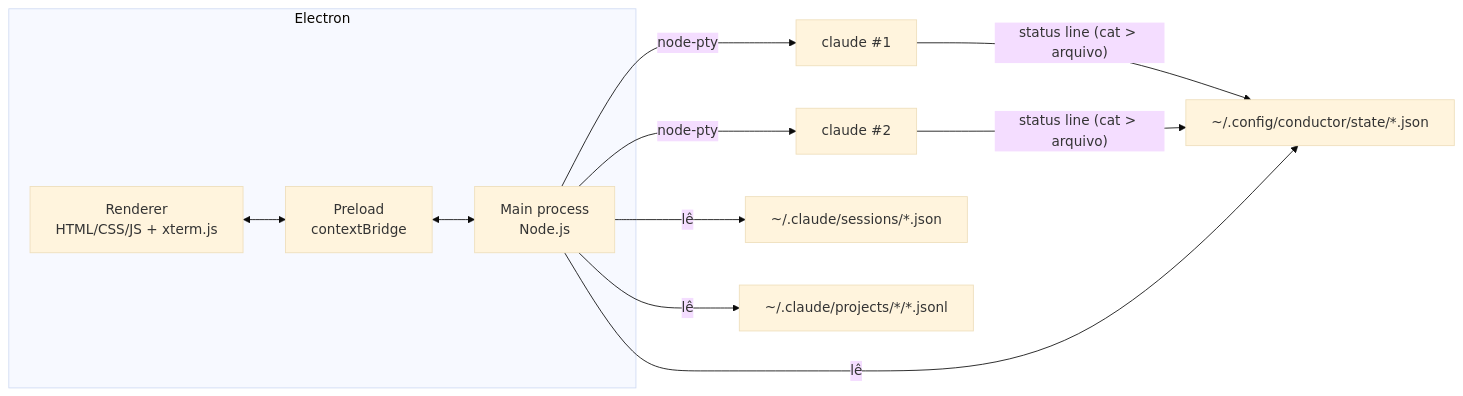
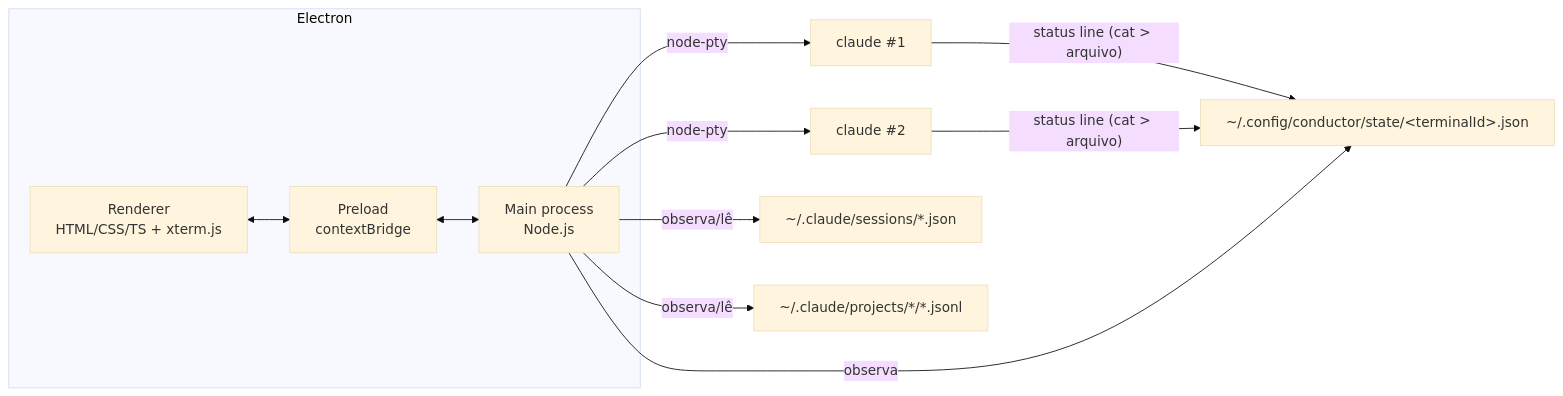
The diagram in docs/arquitetura.md (ossamumaeda/conductor), drawn with Mermaid (base theme) before and after one commit. The commit also changed other lines of this file and 18 other files, not shown here.

````diff
--- a/docs/arquitetura.md
+++ b/docs/arquitetura.md
@@ -5,15 +7,15 @@
 ```mermaid
 flowchart LR
   subgraph Electron
-    R[Renderer<br/>HTML/CSS/JS + xterm.js]
+    R[Renderer<br/>HTML/CSS/TS + xterm.js]
     P[Preload<br/>contextBridge]
     M[Main process<br/>Node.js]
   end
   M -- node-pty --> C1[claude #1]
   M -- node-pty --> C2[claude #2]
-  M -- lê --> S[~/.claude/sessions/*.json]
-  M -- lê --> J[~/.claude/projects/*/*.jsonl]
-  C1 & C2 -- status line (cat > arquivo) --> ST[~/.config/conductor/state/*.json]
-  M -- lê --> ST
+  C1 & C2 -- "status line (cat > arquivo)" --> ST[~/.config/conductor/state/&lt;terminalId&gt;.json]
+  M -- observa --> ST
+  M -- observa/lê --> S[~/.claude/sessions/*.json]
+  M -- observa/lê --> J[~/.claude/projects/*/*.jsonl]
   R <--> P <--> M
 ```
````
